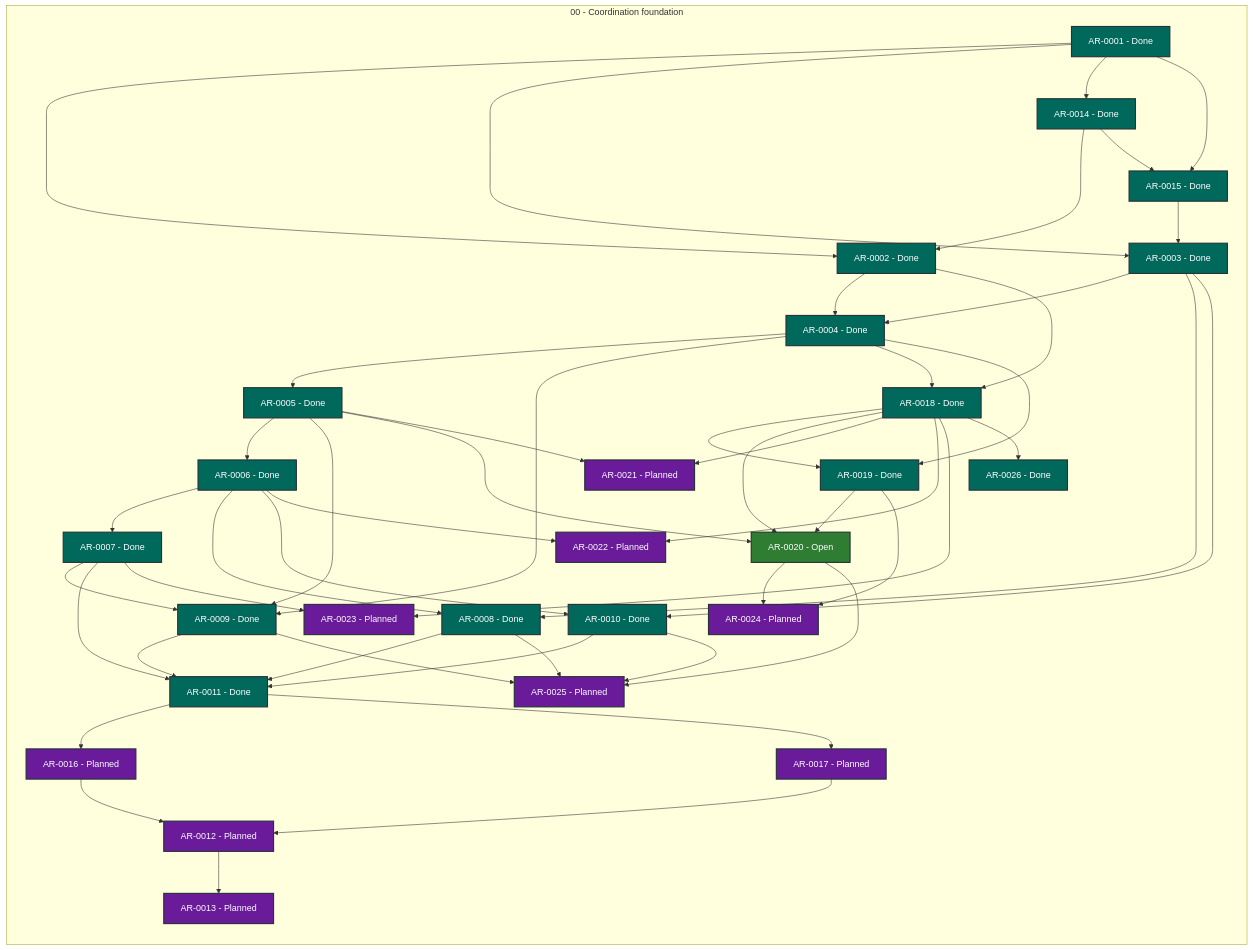
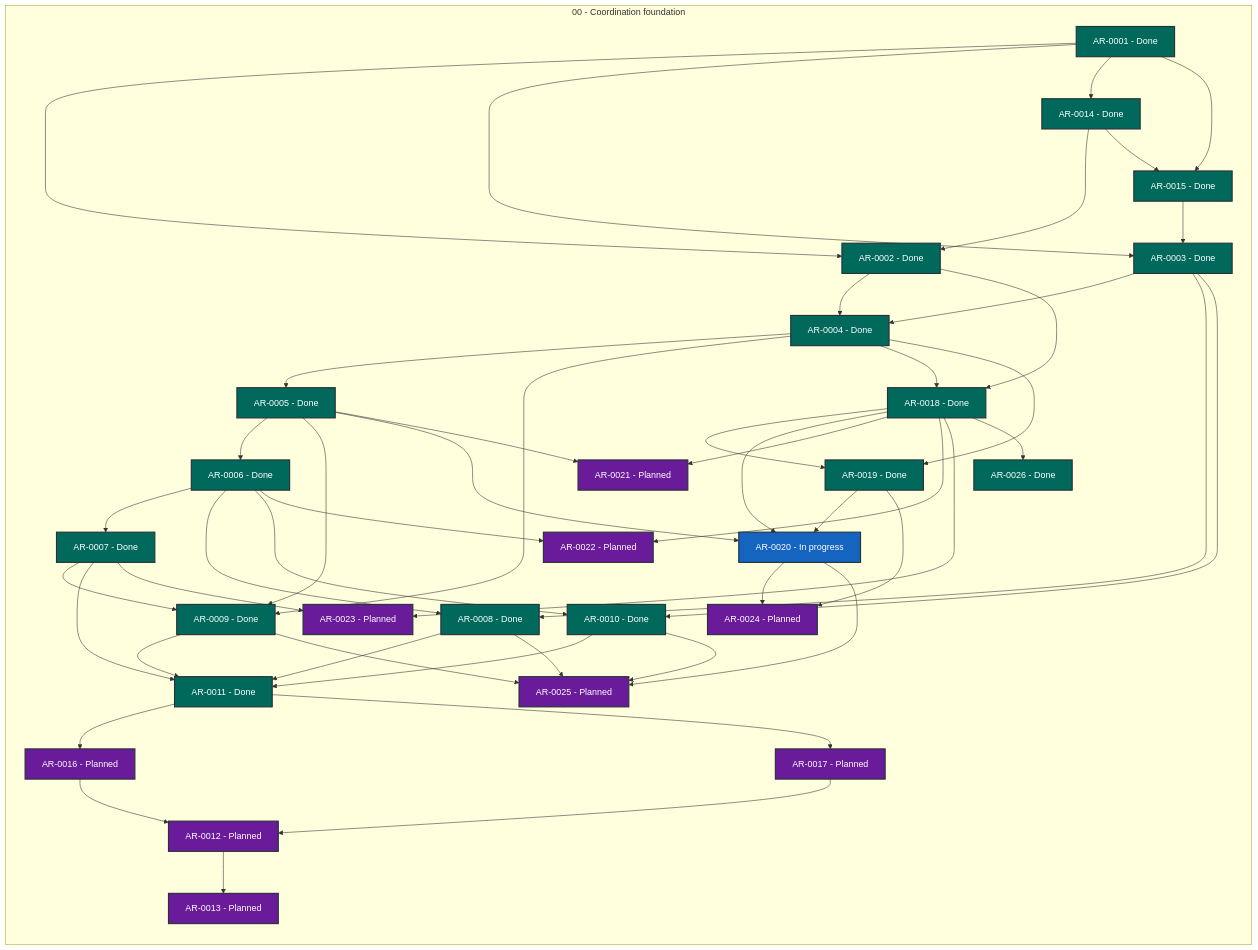
The diagram in STATUS.md (martin-beck/agent-workflow-tui-state), drawn with Mermaid before and after one commit. The commit also changed other lines of this file and 2 other files, not shown here.

```diff
--- a/STATUS.md
+++ b/STATUS.md
@@ -47,7 +47,7 @@
         AR_0017["AR-0017 - Planned"]:::status_planned
         AR_0018["AR-0018 - Done"]:::status_done
         AR_0019["AR-0019 - Done"]:::status_done
-        AR_0020["AR-0020 - Open"]:::status_open
+        AR_0020["AR-0020 - In progress"]:::status_in_progress
         AR_0021["AR-0021 - Planned"]:::status_planned
         AR_0022["AR-0022 - Planned"]:::status_planned
         AR_0023["AR-0023 - Planned"]:::status_planned
```
